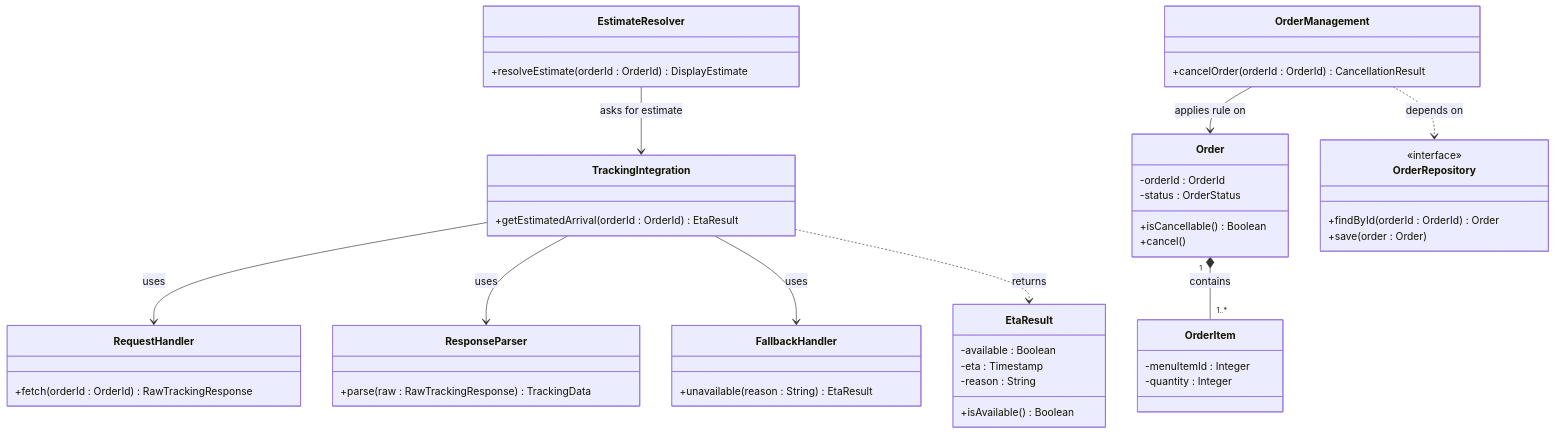
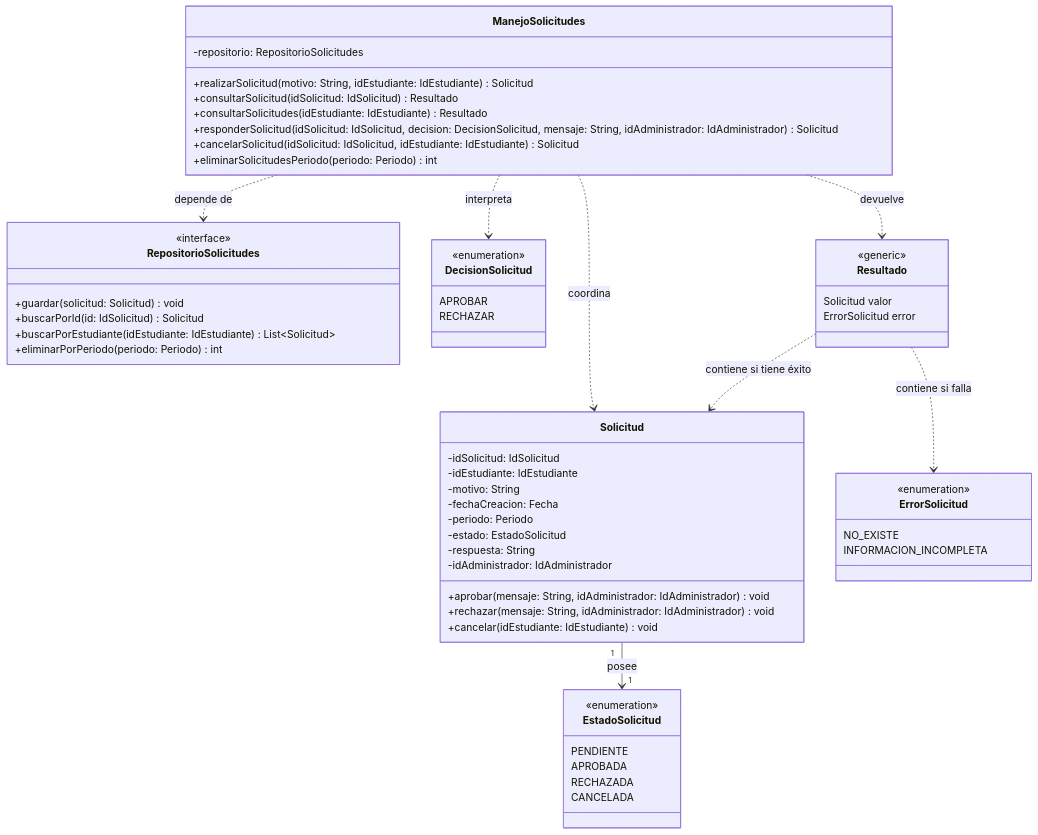
One commit to alfredoquev/Almuerzate.app changed the second of 2 diagrams in docs/01_Architectural_and_Detailed_Design.md. Above: the diagram before and after it, drawn with Mermaid. The commit also changed other lines of this file, not shown here.

````diff
--- a/docs/01_Architectural_and_Detailed_Design.md
+++ b/docs/01_Architectural_and_Detailed_Design.md
@@ -85,51 +86,71 @@
 ```mermaid
+
+
 classDiagram
-    class EstimateResolver {
-        +resolveEstimate(orderId : OrderId) DisplayEstimate
-    }
-    class TrackingIntegration {
-        +getEstimatedArrival(orderId : OrderId) EtaResult
-    }
-    class RequestHandler {
-        +fetch(orderId : OrderId) RawTrackingResponse
-    }
-    class ResponseParser {
-        +parse(raw : RawTrackingResponse) TrackingData
-    }
-    class FallbackHandler {
-        +unavailable(reason : String) EtaResult
-    }
-    class EtaResult {
-        -available : Boolean
-        -eta : Timestamp
-        -reason : String
-        +isAvailable() Boolean
-    }
-    class OrderManagement {
-        +cancelOrder(orderId : OrderId) CancellationResult
-    }
-    class Order {
-        -orderId : OrderId
-        -status : OrderStatus
-        +isCancellable() Boolean
-        +cancel()
-    }
-    class OrderItem {
-        -menuItemId : Integer
-        -quantity : Integer
-    }
-    class OrderRepository {
-        <<interface>>
-        +findById(orderId : OrderId) Order
-        +save(order : Order)
+    class ManejoSolicitudes {
+        -repositorio: RepositorioSolicitudes
+        +realizarSolicitud(motivo: String, idEstudiante: IdEstudiante) Solicitud
+        +consultarSolicitud(idSolicitud: IdSolicitud) Resultado
+        +consultarSolicitudes(idEstudiante: IdEstudiante) Resultado
+        +responderSolicitud(idSolicitud: IdSolicitud, decision: DecisionSolicitud, mensaje: String, idAdministrador: IdAdministrador) Solicitud
+        +cancelarSolicitud(idSolicitud: IdSolicitud, idEstudiante: IdEstudiante) Solicitud
+        +eliminarSolicitudesPeriodo(periodo: Periodo) int
     }
 
-    EstimateResolver --> TrackingIntegration : asks for estimate
-    TrackingIntegration --> RequestHandler : uses
-    TrackingIntegration --> ResponseParser : uses
-    TrackingIntegration --> FallbackHandler : uses
-    TrackingIntegration ..> EtaResult : returns
-    OrderManagement --> Order : applies rule on
-    OrderManagement ..> OrderRepository : depends on
-    Order "1" *-- "1..*" OrderItem : contains
+    class Solicitud {
+        -idSolicitud: IdSolicitud
+        -idEstudiante: IdEstudiante
+        -motivo: String
+        -fechaCreacion: Fecha
+        -periodo: Periodo
+        -estado: EstadoSolicitud
+        -respuesta: String
+        -idAdministrador: IdAdministrador
+        +aprobar(mensaje: String, idAdministrador: IdAdministrador) void
+        +rechazar(mensaje: String, idAdministrador: IdAdministrador) void
+        +cancelar(idEstudiante: IdEstudiante) void
+    }
+
+    class RepositorioSolicitudes {
+        <<interface>>
+        +guardar(solicitud: Solicitud) void
+        +buscarPorId(id: IdSolicitud) Solicitud
+        +buscarPorEstudiante(idEstudiante: IdEstudiante) List~Solicitud~
+        +eliminarPorPeriodo(periodo: Periodo) int
+    }
+
+    class EstadoSolicitud {
+        <<enumeration>>
+        PENDIENTE
+        APROBADA
+        RECHAZADA
+        CANCELADA
+    }
+
+    class DecisionSolicitud {
+        <<enumeration>>
+        APROBAR
+        RECHAZAR
+    }
+
+    class ErrorSolicitud {
+        <<enumeration>>
+        NO_EXISTE
+        INFORMACION_INCOMPLETA
+    }
+
+    class Resultado {
+        <<generic>>
+        Solicitud valor
+        ErrorSolicitud error
+    }
+
+    ManejoSolicitudes ..> RepositorioSolicitudes : depende de
+    ManejoSolicitudes ..> Solicitud : coordina
+    ManejoSolicitudes ..> DecisionSolicitud : interpreta
+    ManejoSolicitudes ..> Resultado : devuelve
+    Resultado ..> Solicitud : contiene si tiene éxito
+    Resultado ..> ErrorSolicitud : contiene si falla
+    Solicitud "1" --> "1" EstadoSolicitud : posee
+
 ```
````
